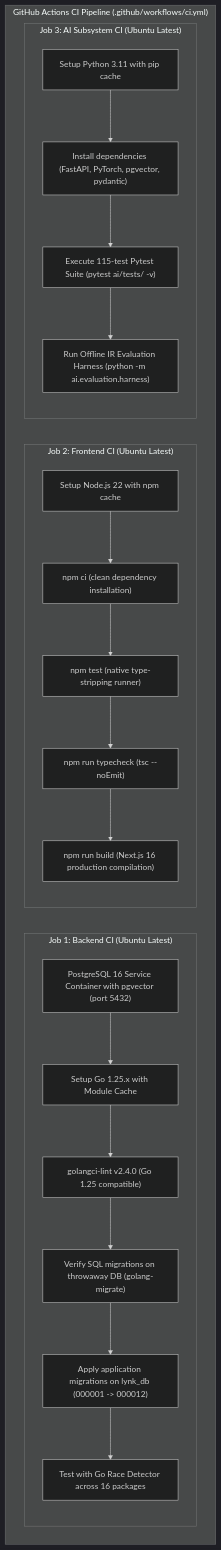
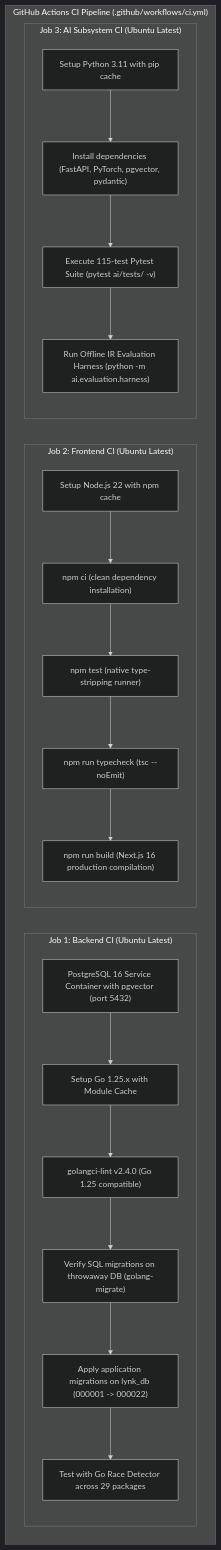
The fourth of 4 diagrams in docs/development/testing-strategy.md (BIJJUDAMA/Lynk), drawn with Mermaid (dark theme) before and after one commit. The commit also changed other lines of this file and 14 other files, not shown here.

Commit message:
docs: align documentation with verified system architecture and schemas

````diff
--- a/docs/development/testing-strategy.md
+++ b/docs/development/testing-strategy.md
@@ -192,31 +192,31 @@
 ```mermaid
 flowchart TB
     subgraph GitHubActions["GitHub Actions CI Pipeline (.github/workflows/ci.yml)"]
         subgraph BackendJob["Job 1: Backend CI (Ubuntu Latest)"]
             B1["PostgreSQL 16 Service Container with pgvector (port 5432)"]
             B2["Setup Go 1.25.x with Module Cache"]
             B3["golangci-lint v2.4.0 (Go 1.25 compatible)"]
             B4["Verify SQL migrations on throwaway DB (golang-migrate)"]
-            B5["Apply application migrations on lynk_db (000001 -> 000012)"]
-            B6["Test with Go Race Detector across 16 packages"]
+            B5["Apply application migrations on lynk_db (000001 -> 000022)"]
+            B6["Test with Go Race Detector across 29 packages"]
             B1 --> B2 --> B3 --> B4 --> B5 --> B6
         end
 
         subgraph FrontendJob["Job 2: Frontend CI (Ubuntu Latest)"]
             F1["Setup Node.js 22 with npm cache"]
             F2["npm ci (clean dependency installation)"]
             F3["npm test (native type-stripping runner)"]
             F4["npm run typecheck (tsc --noEmit)"]
             F5["npm run build (Next.js 16 production compilation)"]
             F1 --> F2 --> F3 --> F4 --> F5
         end
 
         subgraph AIJob["Job 3: AI Subsystem CI (Ubuntu Latest)"]
             A1["Setup Python 3.11 with pip cache"]
             A2["Install dependencies (FastAPI, PyTorch, pgvector, pydantic)"]
             A3["Execute 115-test Pytest Suite (pytest ai/tests/ -v)"]
             A4["Run Offline IR Evaluation Harness (python -m ai.evaluation.harness)"]
             A1 --> A2 --> A3 --> A4
         end
     end
 ```
````
